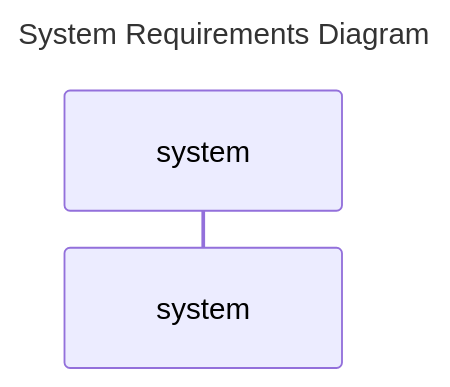
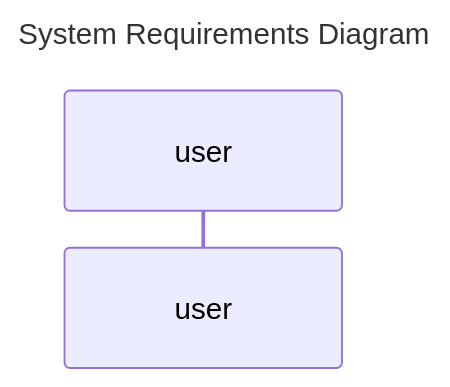
Before and after one commit to carolyncole/mermaid-wintersession: the diagram in lesson1-actors/flow-diagram.md, drawn with Mermaid. The commit also changed 4 other files, not shown here.

````diff
--- a/lesson1-actors/flow-diagram.md
+++ b/lesson1-actors/flow-diagram.md
@@ -9,8 +9,9 @@
 ```mermaid
 sequenceDiagram
 title  System Requirements Diagram
 accTitle: System Requirements Sequence Diagram
 accDescr: A sequence diagram that shows what interactions we are expecting the system to have
-participant system
+
+participant user
 
 ```
````
